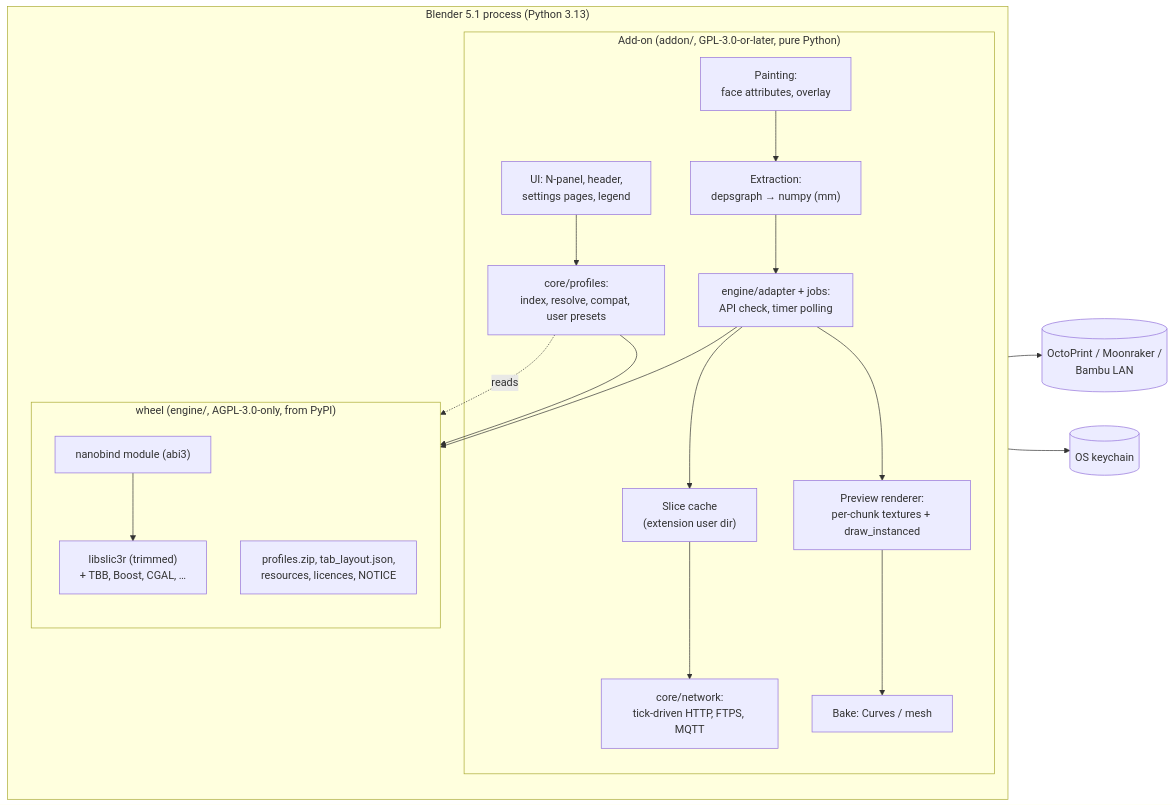
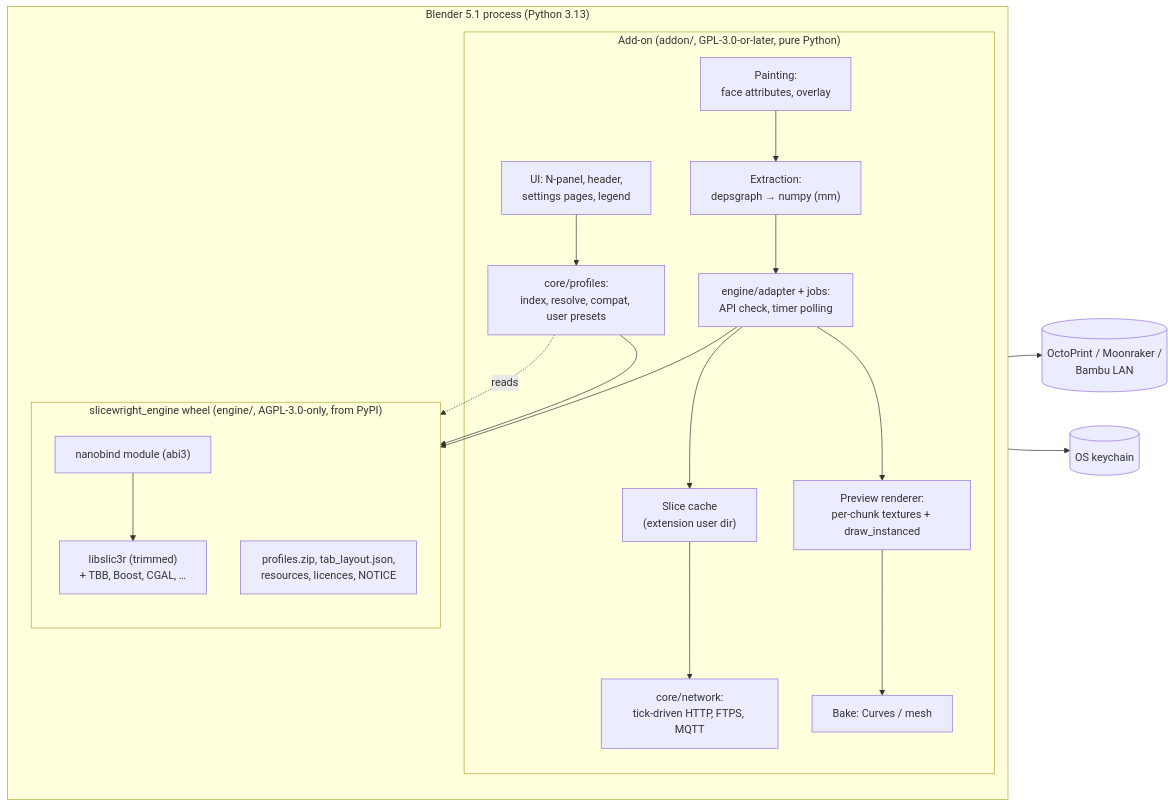
Before and after one commit to michaelnarine/slicewright: the first of 2 diagrams in docs/design/01-architecture-overview.md, drawn with Mermaid. The commit also changed other lines of this file and 6 other files, not shown here.

Commit message:
Name the product Slicewright; engine package slicewright-engine

````diff
--- a/docs/design/01-architecture-overview.md
+++ b/docs/design/01-architecture-overview.md
@@ -36,33 +36,33 @@
 ```mermaid
 flowchart LR
   subgraph Blender["Blender 5.1 process (Python 3.13)"]
     direction TB
     subgraph Addon["Add-on  (addon/, GPL-3.0-or-later, pure Python)"]
       UI["UI: N-panel, header,<br/>settings pages, legend"]
       Prof["core/profiles:<br/>index, resolve, compat, user presets"]
       Paint["Painting:<br/>face attributes, overlay"]
       Extract["Extraction:<br/>depsgraph → numpy (mm)"]
       Jobs["engine/adapter + jobs:<br/>API check, timer polling"]
       Prev["Preview renderer:<br/>per-chunk textures + draw_instanced"]
       Bake["Bake: Curves / mesh"]
       Net["core/network:<br/>tick-driven HTTP, FTPS, MQTT"]
       Cache["Slice cache<br/>(extension user dir)"]
     end
-    subgraph Engine["<engine> wheel  (engine/, AGPL-3.0-only, from PyPI)"]
+    subgraph Engine["slicewright_engine wheel  (engine/, AGPL-3.0-only, from PyPI)"]
       direction TB
       Bind["nanobind module (abi3)"]
       Lib["libslic3r (trimmed)<br/>+ TBB, Boost, CGAL, …"]
       Data["profiles.zip, tab_layout.json,<br/>resources, licences, NOTICE"]
     end
   end
   Printers[("OctoPrint / Moonraker /<br/>Bambu LAN")]
   Keychain[("OS keychain")]
 
   UI --> Prof --> Bind
   Paint --> Extract --> Jobs --> Bind
   Bind --> Lib
   Prof -. reads .-> Data
   Jobs --> Prev --> Bake
   Jobs --> Cache --> Net --> Printers
   Net --> Keychain
 ```
````
